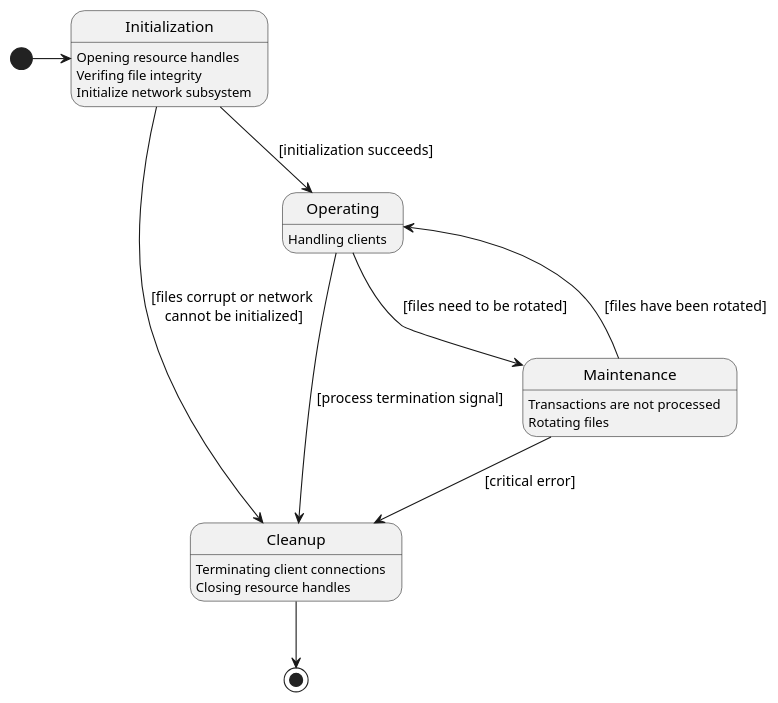
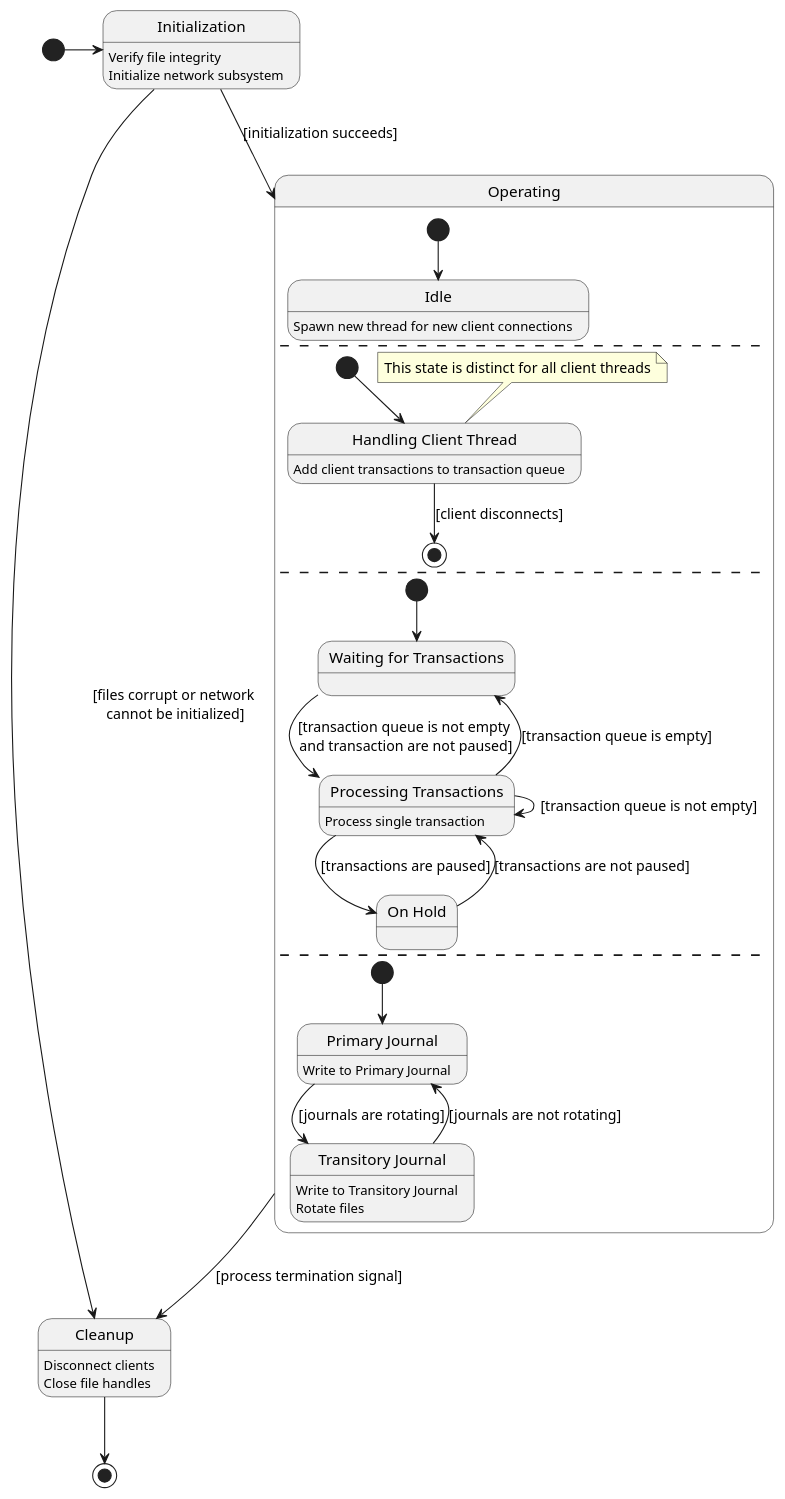
Before and after one commit to nyanzebra/aciddb: the second of 2 diagrams in design/application-state-diagram.wsd, drawn with PlantUML. The commit also changed other lines of this file and 14 other files, not shown here.

First line of the commit message:
Update and organize UML diagrams

```diff
--- a/design/application-state-diagram.wsd
+++ b/design/application-state-diagram.wsd
@@ -29,25 +31,64 @@
 @startuml
-'Database'
+
+'server state'
+
 [*] -> Initialization
-Initialization : Opening resource handles
-Initialization : Verifing file integrity
+Initialization : Verify file integrity
 Initialization : Initialize network subsystem
 
 Initialization --> Cleanup : [files corrupt or network\n cannot be initialized]
 
 Initialization --> Operating : [initialization succeeds]
 
 Operating --> Cleanup : [process termination signal]
-Operating : Handling clients
-Operating --> Maintenance : [files need to be rotated]
 
 Cleanup --> [*]
-Cleanup : Terminating client connections
-Cleanup : Closing resource handles
+Cleanup : Disconnect clients
+Cleanup : Close file handles
 
-Maintenance : Transactions are not processed
-Maintenance: Rotating files
-Maintenance --> Operating : [files have been rotated]
-Maintenance --> Cleanup : [critical error]
+state Operating {
+
+  [*] --> Idle
+  Idle : Spawn new thread for new client connections
+
+  --
+
+  state HandleClient as "Handling Client Thread"
+
+  [*] --> HandleClient
+  note top of HandleClient : This state is distinct for all client threads
+
+  HandleClient : Add client transactions to transaction queue
+  HandleClient --> [*] : [client disconnects]
+
+  --
+
+  state Waiting as "Waiting for Transactions"
+  state Processing as "Processing Transactions"
+  state Hold as "On Hold"
+
+  [*] --> Waiting
+  Waiting --> Processing : [transaction queue is not empty \nand transaction are not paused]
+  Processing --> Waiting : [transaction queue is empty]
+  Processing --> Processing : [transaction queue is not empty]
+
+  Processing : Process single transaction
+
+  Processing --> Hold : [transactions are paused]
+  Hold --> Processing : [transactions are not paused]
+
+  --
+
+  state Primary as "Primary Journal"
+  state Transitory as "Transitory Journal"
+
+  [*] --> Primary
+  Primary --> Transitory : [journals are rotating]
+  Transitory --> Primary : [journals are not rotating]
+
+  Primary : Write to Primary Journal
+  Transitory : Write to Transitory Journal
+  Transitory : Rotate files
+}
 
 @enduml
```
